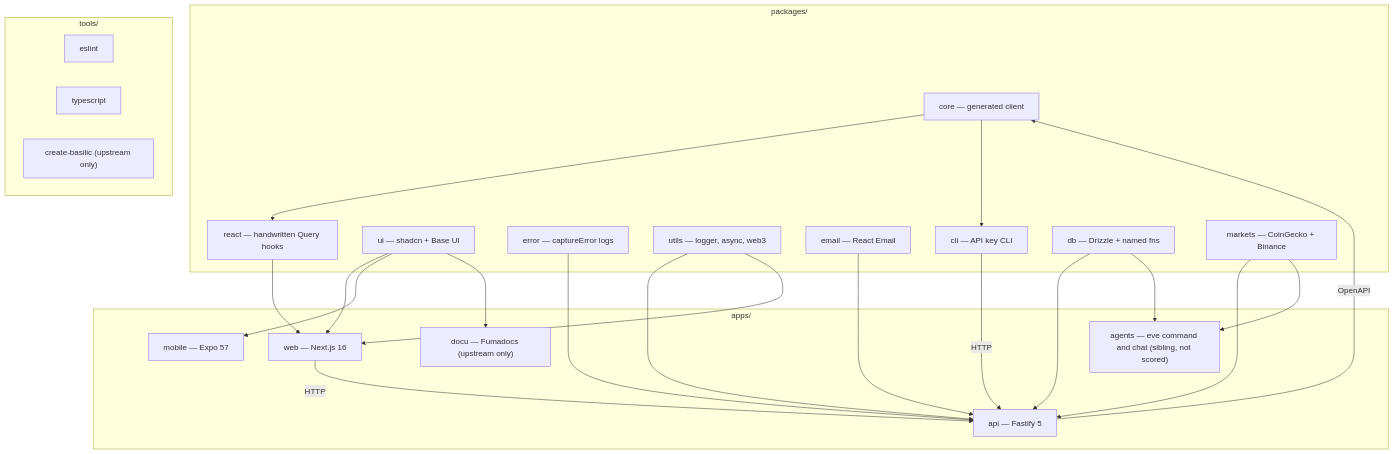
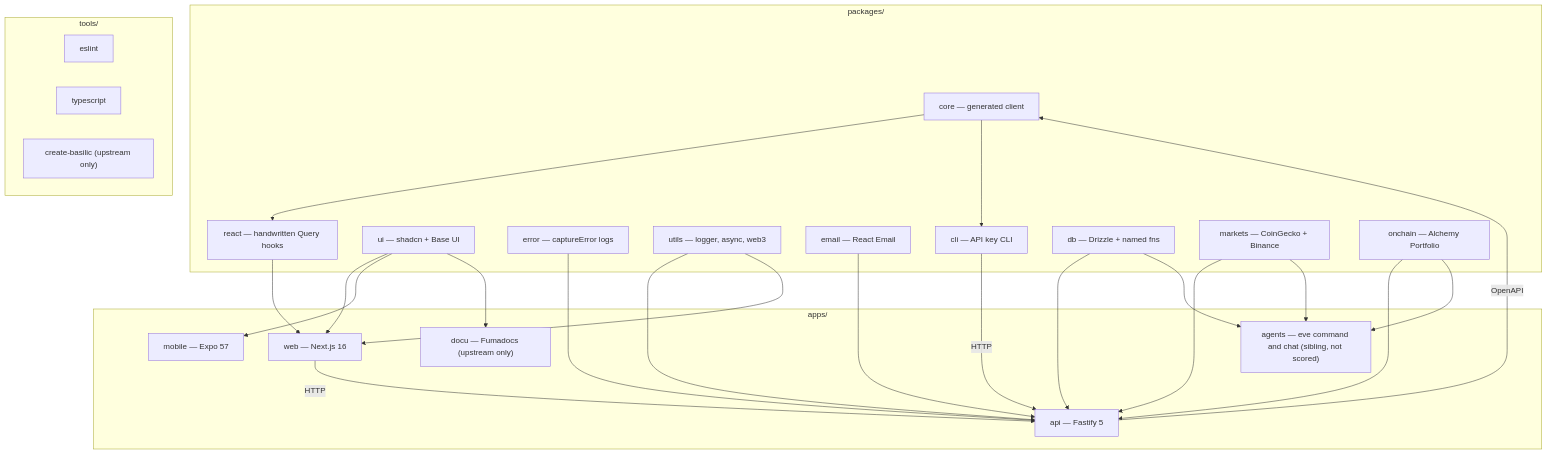
One commit to blockmatic/basilic changed the diagram in apps/docu/content/docs/architecture/monorepo.mdx. Above: the diagram before and after it, drawn with Mermaid. The commit also changed other lines of this file and 18 other files, not shown here.

````diff
--- a/apps/docu/content/docs/architecture/monorepo.mdx
+++ b/apps/docu/content/docs/architecture/monorepo.mdx
@@ -8,46 +8,49 @@
 ```mermaid
 flowchart TB
   subgraph Packages["packages/"]
     Core["core — generated client"]
     React["react — handwritten Query hooks"]
     UI["ui — shadcn + Base UI"]
     Error["error — captureError logs"]
     Utils["utils — logger, async, web3"]
     Email["email — React Email"]
     Cli["cli — API key CLI"]
     Db["db — Drizzle + named fns"]
     Markets["markets — CoinGecko + Binance"]
+    Onchain["onchain — Alchemy Portfolio"]
   end
 
   subgraph Apps["apps/"]
     API["api — Fastify 5"]
     Web["web — Next.js 16"]
     Mobile["mobile — Expo 57"]
     Agents["agents — eve command and chat (sibling, not scored)"]
     Docu["docu — Fumadocs (upstream only)"]
   end
 
   subgraph Tools["tools/"]
     Eslint["eslint"]
     Ts["typescript"]
     Create["create-basilic (upstream only)"]
   end
 
   API -->|OpenAPI| Core
   Core --> React
   Core --> Cli
   React --> Web
   UI --> Web
   UI --> Mobile
   UI --> Docu
   Error --> API
   Utils --> API
   Utils --> Web
   Email --> API
   Db --> API
   Markets --> API
+  Onchain --> API
   Db --> Agents
   Markets --> Agents
+  Onchain --> Agents
   Web -->|HTTP| API
   Cli -->|HTTP| API
 ```
````
